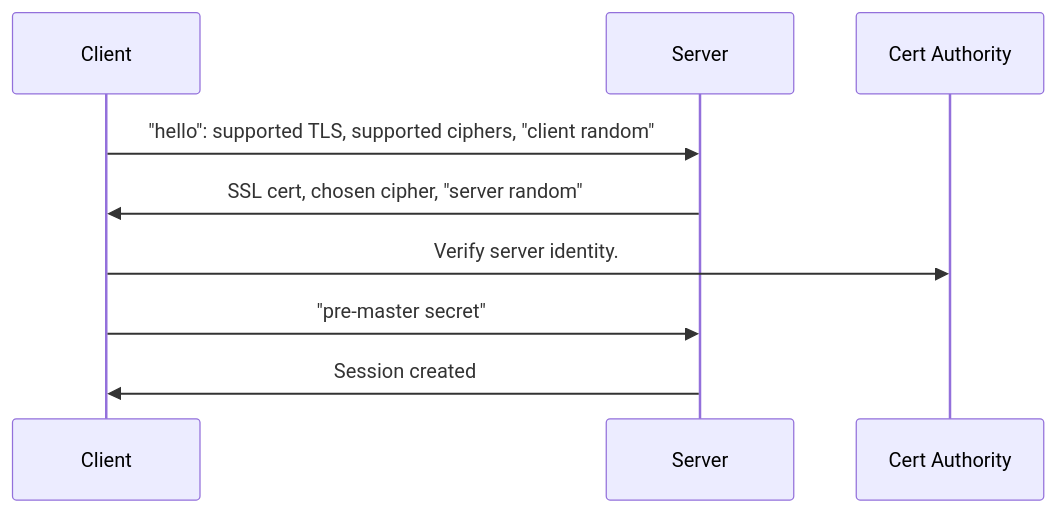
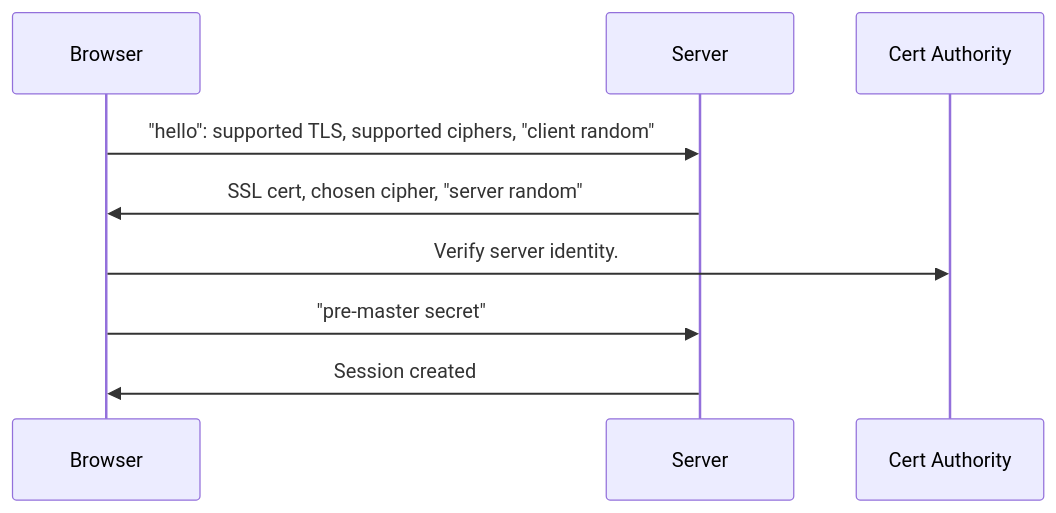
One commit to AustinGil/presentations changed the second of 2 diagrams in make-div.md. Above: the diagram before and after it, drawn with Mermaid. The commit also changed other lines of this file and 2 other files, not shown here.

````diff
--- a/make-div.md
+++ b/make-div.md
@@ -804,8 +827,8 @@
 ```mermaid {theme: 'default'}
 sequenceDiagram
-Client->>Server: "hello": supported TLS, supported ciphers, "client random"
-Server->>Client: SSL cert, chosen cipher, "server random" 
-Client->>Cert Authority: Verify server identity.
-Client->>Server: "pre-master secret"
-Server->>Client: Session created 
+Browser->>Server: "hello": supported TLS, supported ciphers, "client random"
+Server->>Browser: SSL cert, chosen cipher, "server random" 
+Browser->>Cert Authority: Verify server identity.
+Browser->>Server: "pre-master secret"
+Server->>Browser: Session created 
 ```
````
